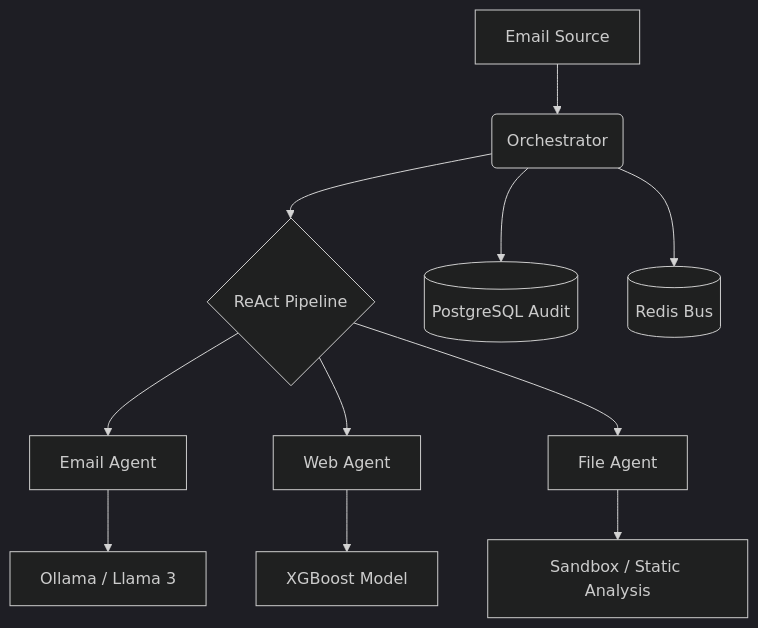
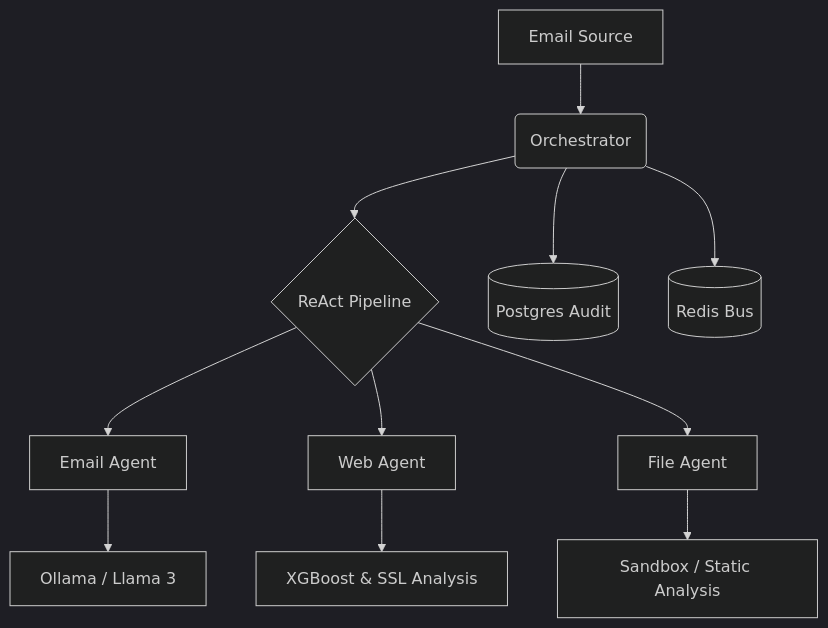
Before and after one commit to mychillingorganization/SecureMail: the diagram in README.md, drawn with Mermaid (dark theme). The commit also changed other lines of this file and 20 other files, not shown here.

````diff
--- a/README.md
+++ b/README.md
@@ -13,13 +13,13 @@
 ```mermaid
 graph TD
     A[Email Source] --> B(Orchestrator)
     B --> C{ReAct Pipeline}
     C --> D[Email Agent]
     C --> E[Web Agent]
     C --> F[File Agent]
     D --> G[Ollama / Llama 3]
-    E --> H[XGBoost Model]
+    E --> H[XGBoost & SSL Analysis]
     F --> I[Sandbox / Static Analysis]
-    B --> J[(PostgreSQL Audit)]
+    B --> J[(Postgres Audit)]
     B --> K[(Redis Bus)]
 ```
````
